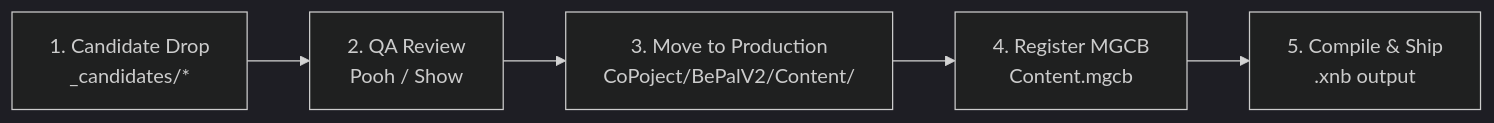
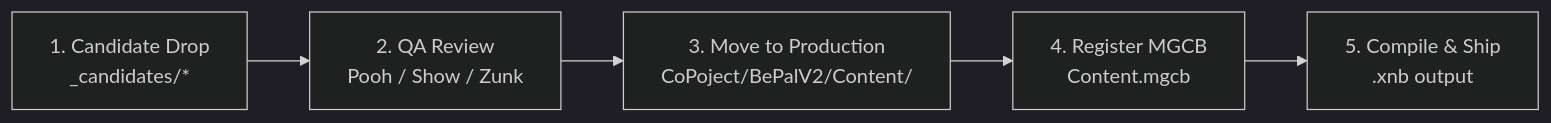
The diagram in docs/02_Assets/_candidates/README.md (SShoww/Your-Story), drawn with Mermaid (dark theme) before and after one commit. The commit also changed other lines of this file and 11 other files, not shown here.

````diff
--- a/docs/02_Assets/_candidates/README.md
+++ b/docs/02_Assets/_candidates/README.md
@@ -55,7 +55,7 @@
 ```mermaid
 flowchart LR
-    A[1. Candidate Drop\n_candidates/*] --> B[2. QA Review\nPooh / Show]
+    A[1. Candidate Drop\n_candidates/*] --> B[2. QA Review\nPooh / Show / Zunk]
     B --> C[3. Move to Production\nCoPoject/BePalV2/Content/]
     C --> D[4. Register MGCB\nContent.mgcb]
     D --> E[5. Compile & Ship\n.xnb output]
 ```
````
